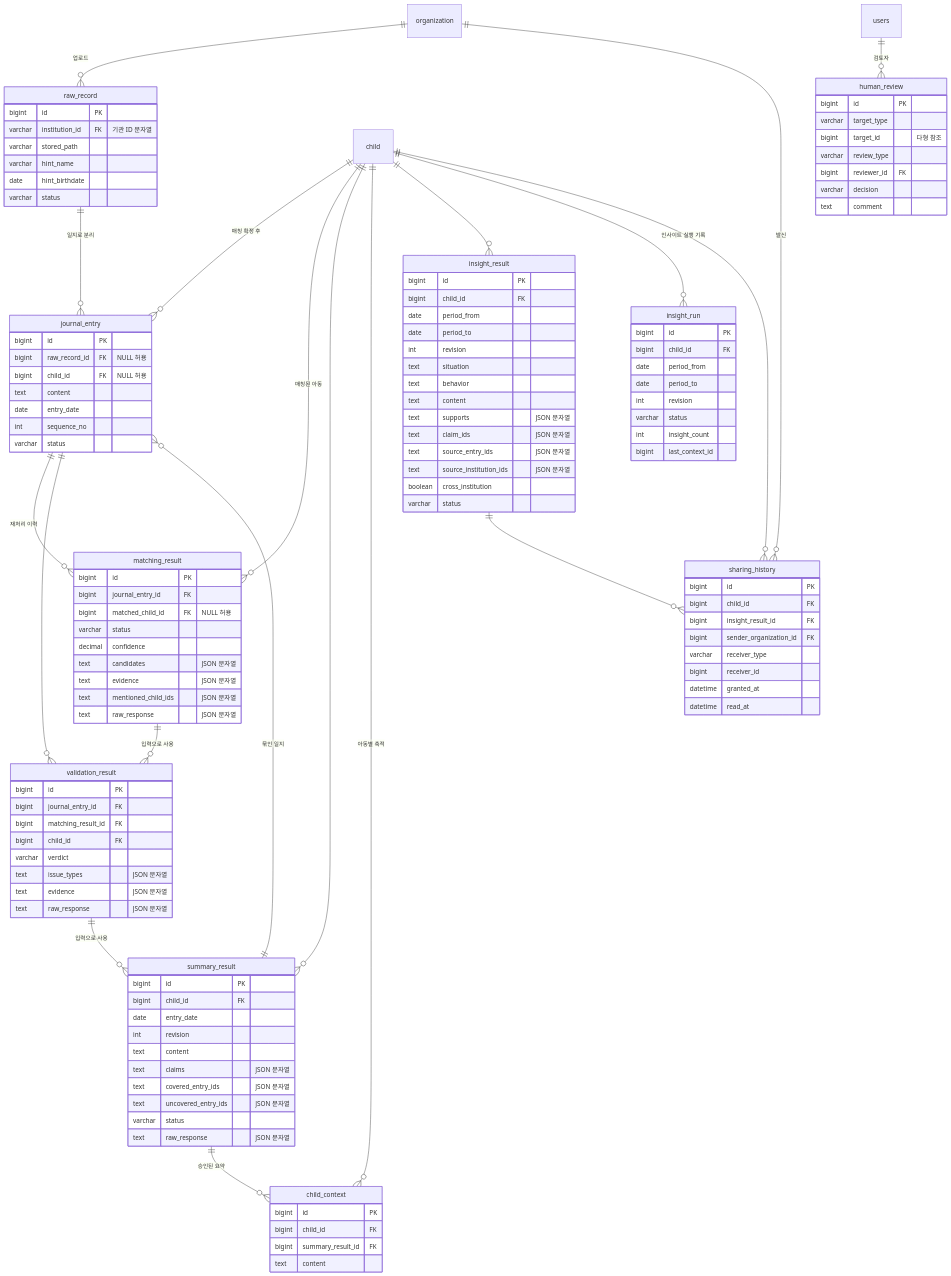
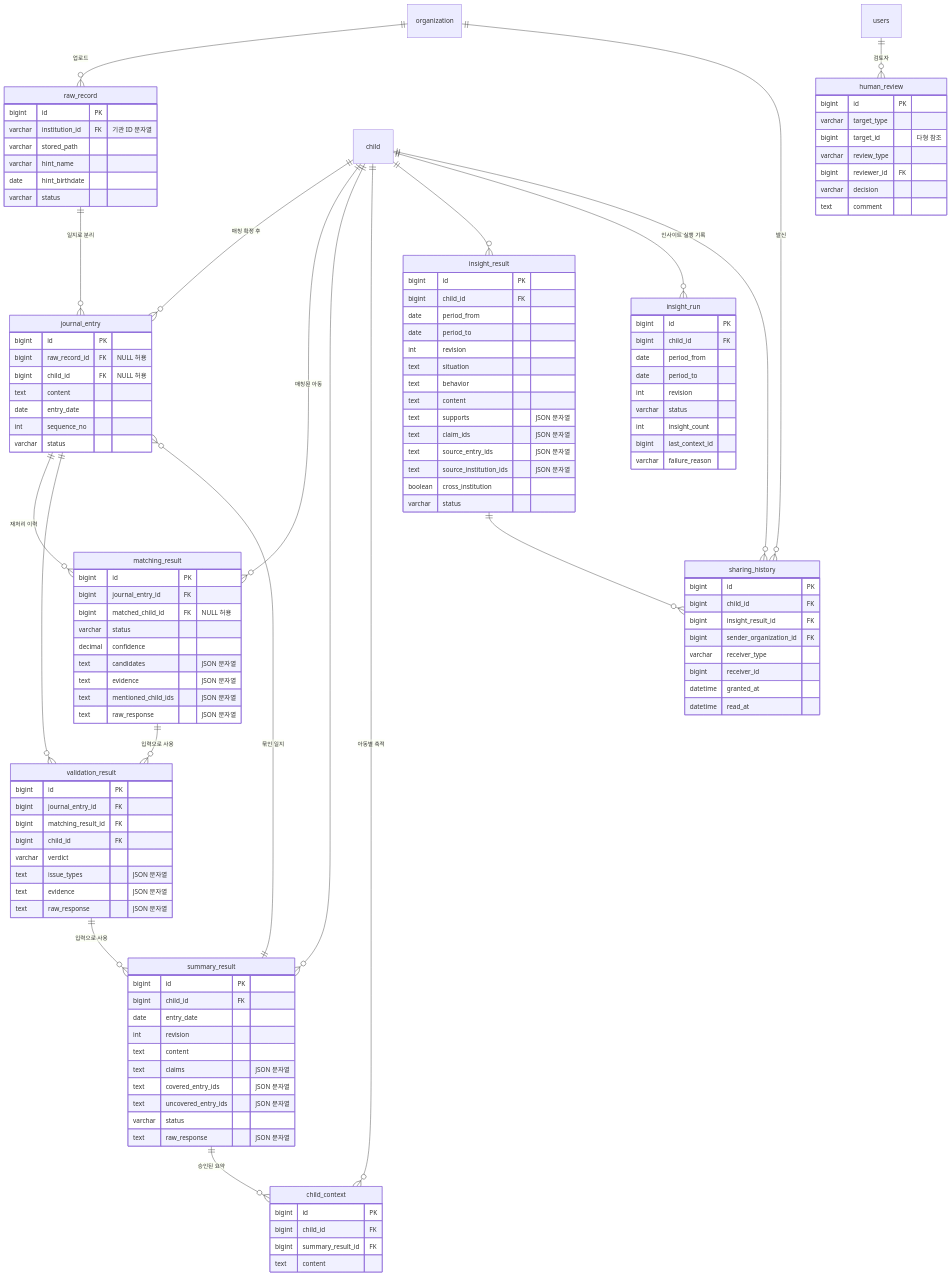
One commit to kakaotechcampus-4/ktc4-kyungpook-2 changed the second of 2 diagrams in docs/db/schema.md. Above: the diagram before and after it, drawn with Mermaid. The commit also changed other lines of this file, not shown here.

Commit message:
docs: insight_run 실패 대기와 failure_reason 반영

```diff
--- a/docs/db/schema.md
+++ b/docs/db/schema.md
@@ -248,6 +248,7 @@
         varchar status
         int insight_count
         bigint last_context_id
+        varchar failure_reason
     }
     insight_result {
         bigint id PK
```
